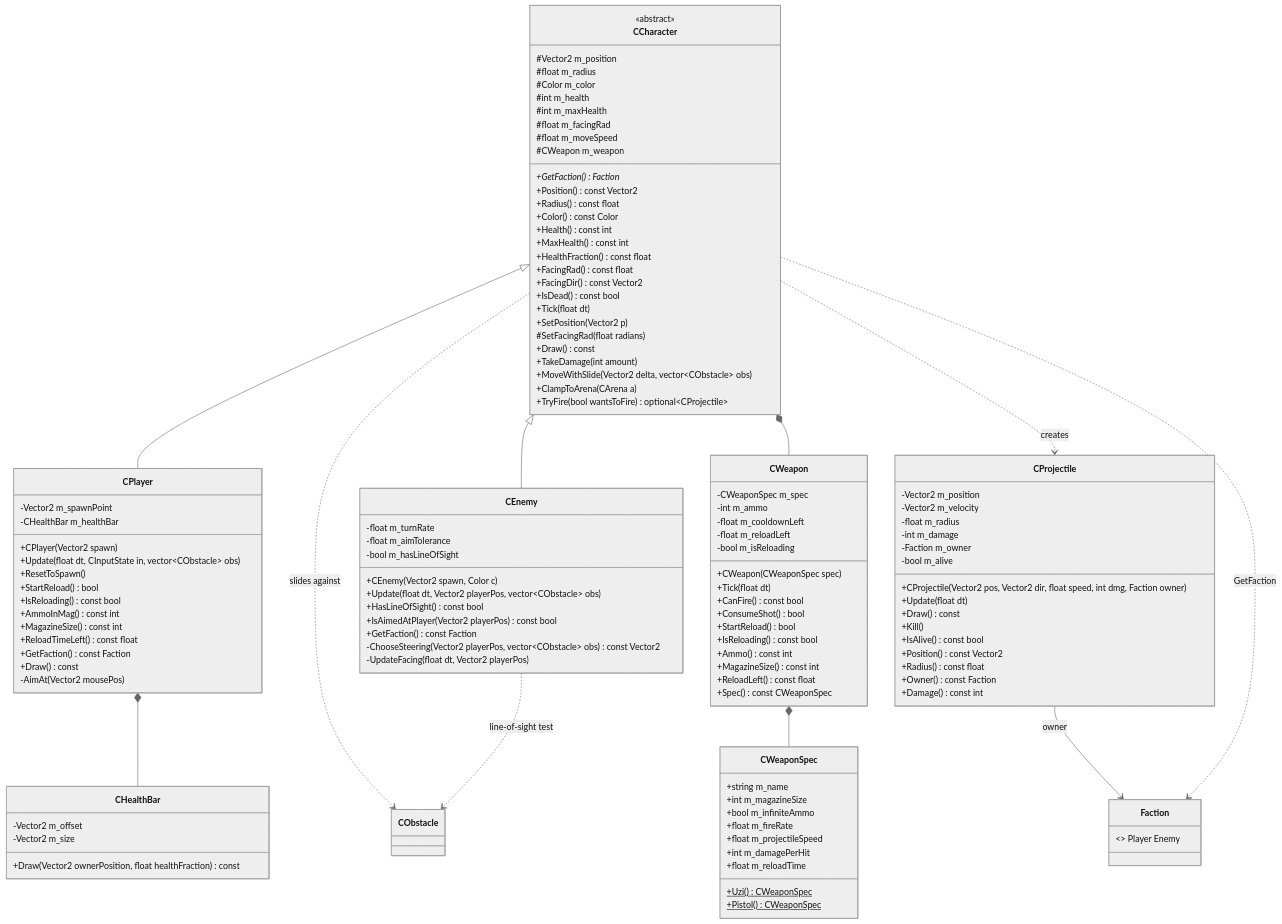
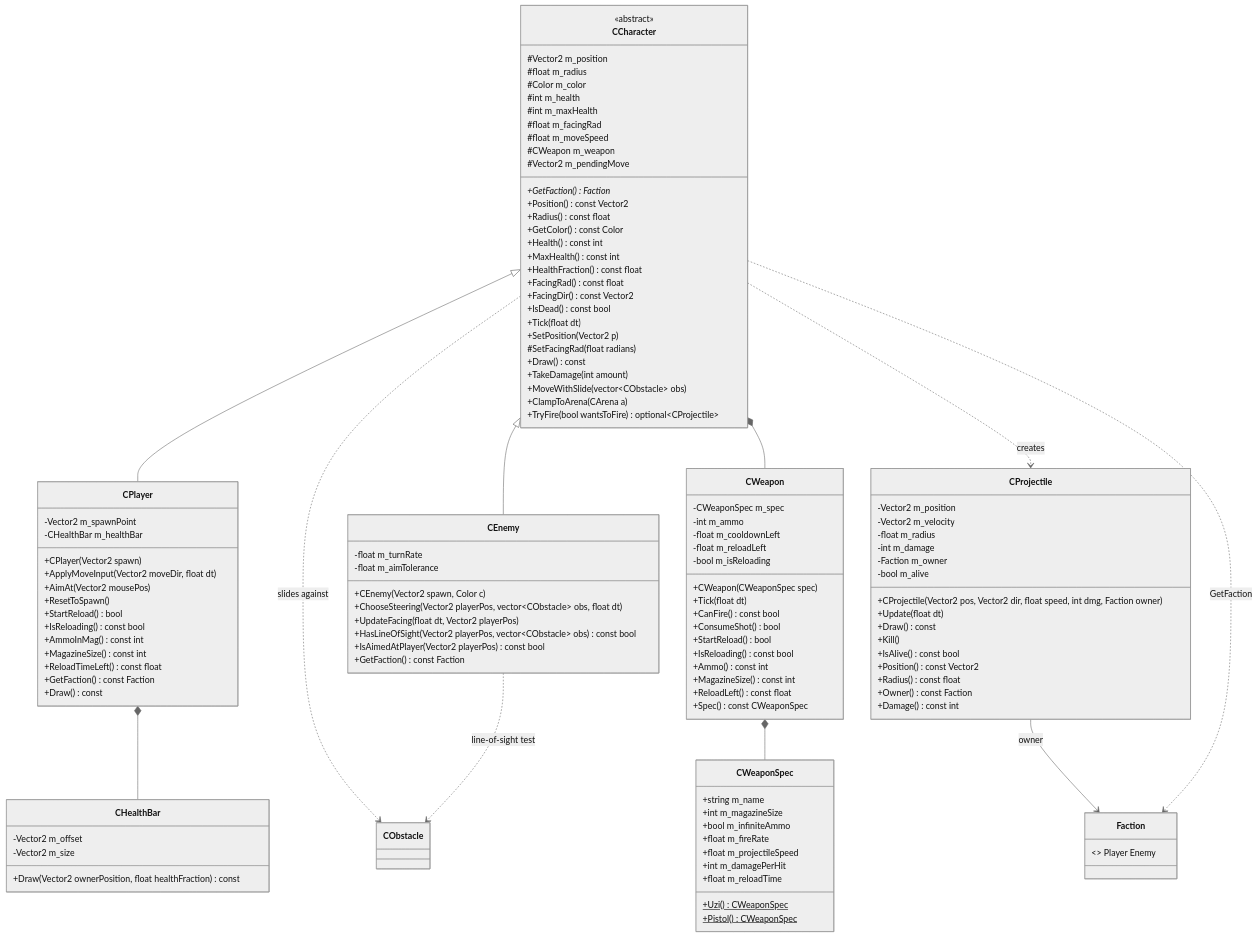
The second of 2 diagrams in OOP_DESIGN.md (mayomeir007/Creative-2D-Shooter), drawn with Mermaid (neutral theme) before and after one commit. The commit also changed other lines of this file, not shown here.

```diff
--- a/OOP_DESIGN.md
+++ b/OOP_DESIGN.md
@@ -783,10 +804,11 @@
   #float m_facingRad
   #float m_moveSpeed
   #CWeapon m_weapon
+  #Vector2 m_pendingMove
   +GetFaction()* Faction
   +Position() const Vector2
   +Radius() const float
-  +Color() const Color
+  +GetColor() const Color
   +Health() const int
   +MaxHealth() const int
   +HealthFraction() const float
@@ -798,7 +820,7 @@
   #SetFacingRad(float radians)
   +Draw() const
   +TakeDamage(int amount)
-  +MoveWithSlide(Vector2 delta, vector~CObstacle~ obs)
+  +MoveWithSlide(vector~CObstacle~ obs)
   +ClampToArena(CArena a)
   +TryFire(bool wantsToFire) optional~CProjectile~
 }
@@ -806,7 +828,8 @@
   -Vector2 m_spawnPoint
   -CHealthBar m_healthBar
   +CPlayer(Vector2 spawn)
-  +Update(float dt, CInputState in, vector~CObstacle~ obs)
+  +ApplyMoveInput(Vector2 moveDir, float dt)
+  +AimAt(Vector2 mousePos)
   +ResetToSpawn()
   +StartReload() bool
   +IsReloading() const bool
@@ -815,19 +838,16 @@
   +ReloadTimeLeft() const float
   +GetFaction() const Faction
   +Draw() const
-  -AimAt(Vector2 mousePos)
 }
 class CEnemy {
   -float m_turnRate
   -float m_aimTolerance
-  -bool m_hasLineOfSight
   +CEnemy(Vector2 spawn, Color c)
-  +Update(float dt, Vector2 playerPos, vector~CObstacle~ obs)
-  +HasLineOfSight() const bool
+  +ChooseSteering(Vector2 playerPos, vector~CObstacle~ obs, float dt)
+  +UpdateFacing(float dt, Vector2 playerPos)
+  +HasLineOfSight(Vector2 playerPos, vector~CObstacle~ obs) const bool
   +IsAimedAtPlayer(Vector2 playerPos) const bool
   +GetFaction() const Faction
-  -ChooseSteering(Vector2 playerPos, vector~CObstacle~ obs) const Vector2
-  -UpdateFacing(float dt, Vector2 playerPos)
 }
 class CWeapon {
   -CWeaponSpec m_spec
```
